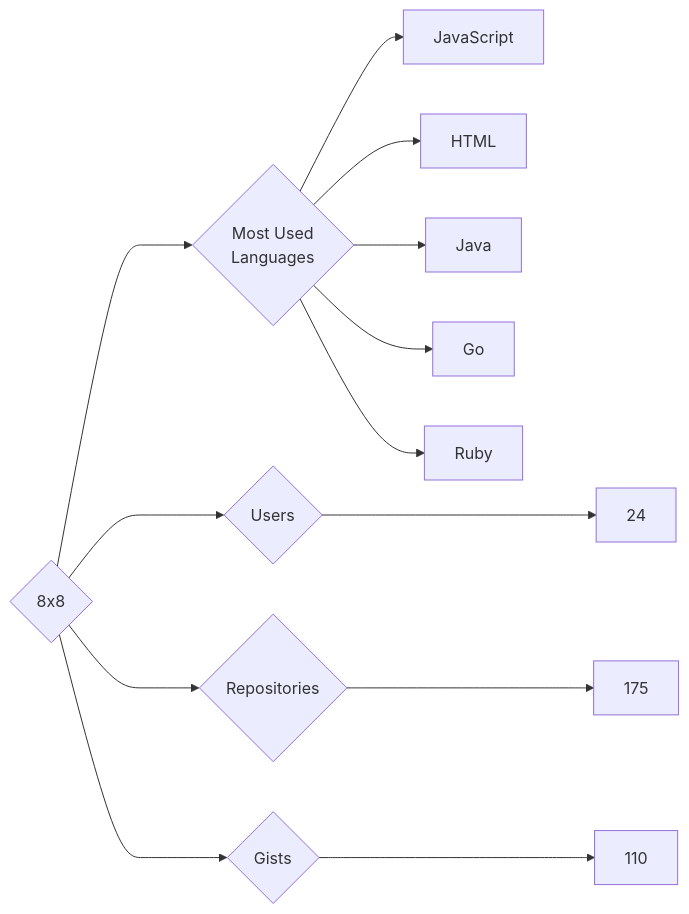
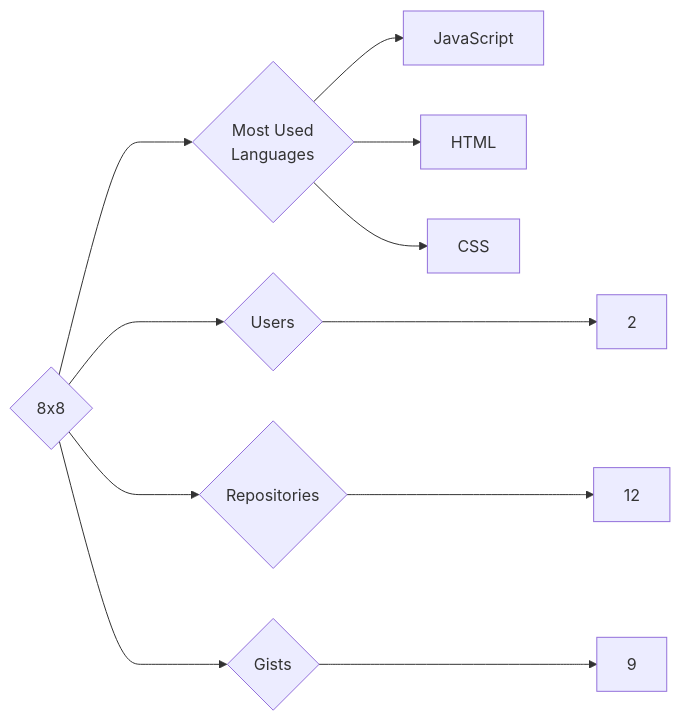
The diagram in targets/8x8/README.md (trickest/insiders), drawn with Mermaid before and after one commit. The commit also changed 633 other files, not shown here.

````diff
--- a/targets/8x8/README.md
+++ b/targets/8x8/README.md
@@ -3,13 +3,11 @@
 ```mermaid
 graph LR
 COMPANY_NAME{8x8}
-COMPANY_NAME ---> U{Users} ---> UN[24]
-COMPANY_NAME ---> R{Repositories} ---> RN[175]
-COMPANY_NAME ---> G{Gists} ---> GN[110]
+COMPANY_NAME ---> U{Users} ---> UN[2]
+COMPANY_NAME ---> R{Repositories} ---> RN[12]
+COMPANY_NAME ---> G{Gists} ---> GN[9]
 COMPANY_NAME ---> ML{Most Used<br>Languages}
 ML --> JavaScript[JavaScript]
 ML --> HTML[HTML]
-ML --> Java[Java]
-ML --> Go[Go]
-ML --> Ruby[Ruby]
+ML --> CSS[CSS]
 ```
````
